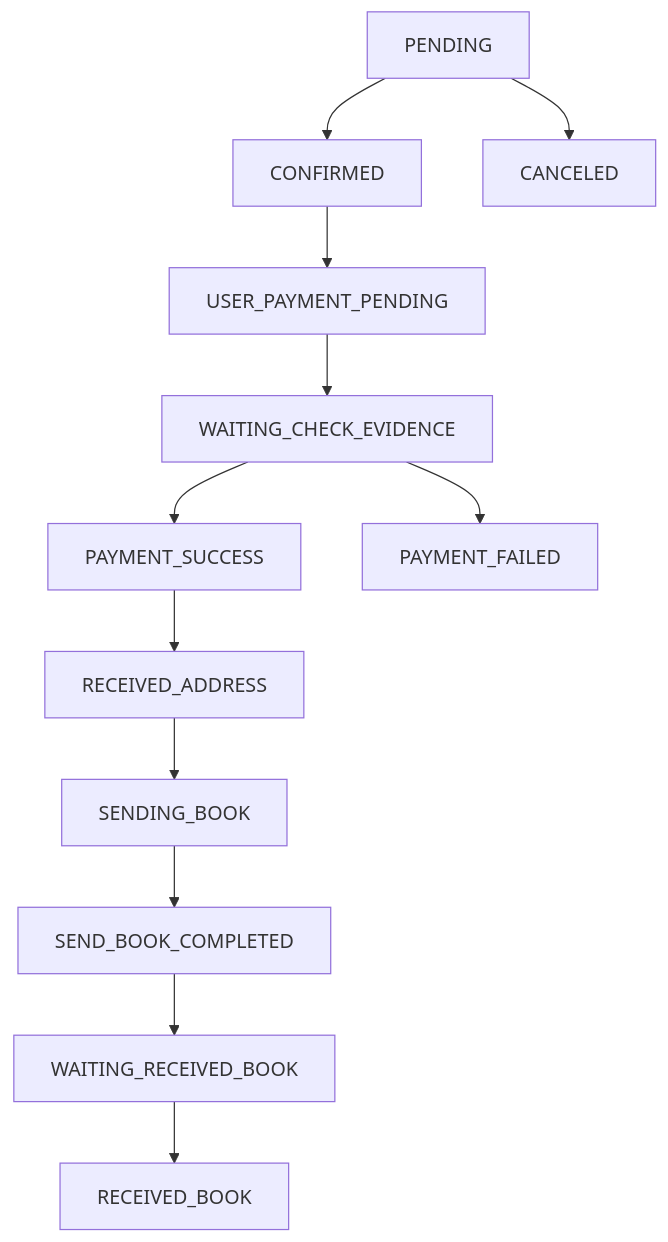
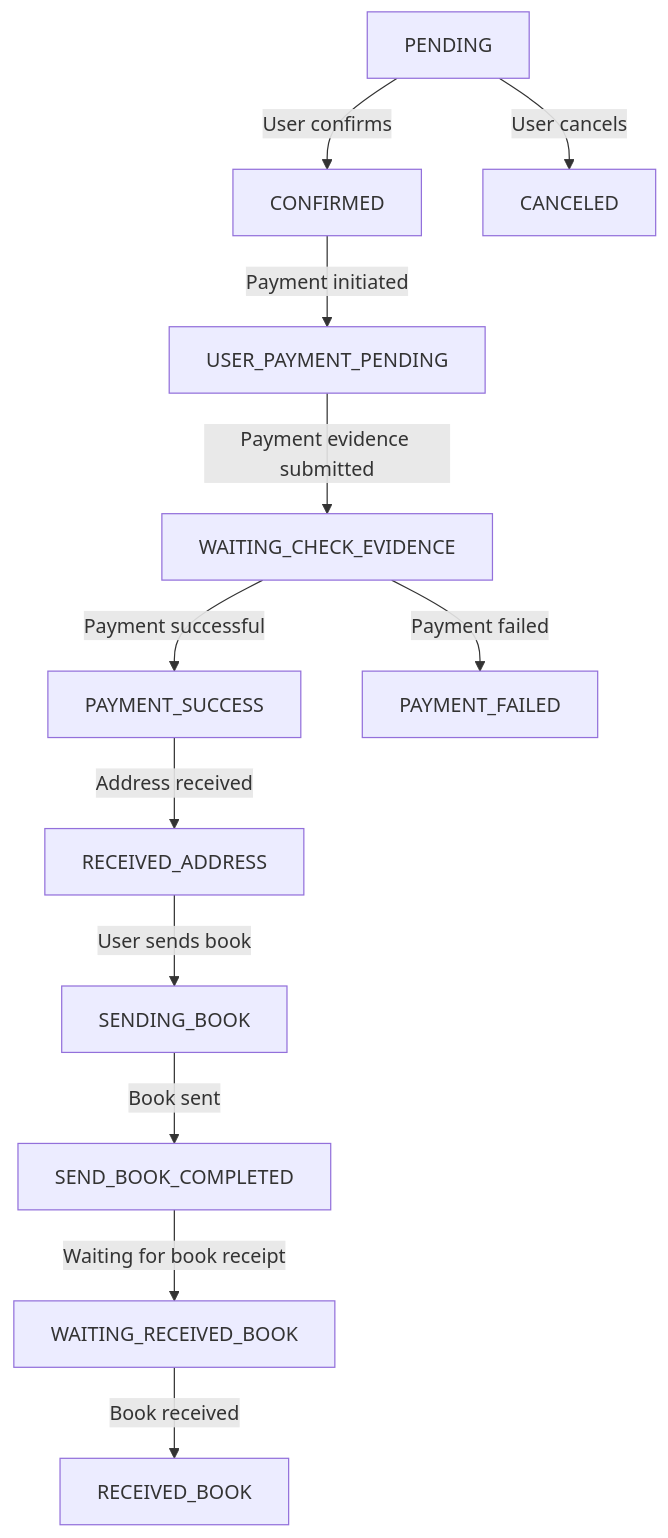
Before and after one commit to Loknong/book-exchange: the first of 4 diagrams in documents/Status change.md, drawn with Mermaid. The commit also changed other lines of this file, not shown here.

````diff
--- a/documents/Status change.md
+++ b/documents/Status change.md
@@ -3,16 +3,17 @@
 ```mermaid
 
 graph TD
-    PENDING --> CONFIRMED
-    PENDING --> CANCELED
-    CONFIRMED --> USER_PAYMENT_PENDING
-    USER_PAYMENT_PENDING --> WAITING_CHECK_EVIDENCE
-    WAITING_CHECK_EVIDENCE --> PAYMENT_SUCCESS
-    WAITING_CHECK_EVIDENCE --> PAYMENT_FAILED
-    PAYMENT_SUCCESS --> RECEIVED_ADDRESS
-    RECEIVED_ADDRESS --> SENDING_BOOK
-    SENDING_BOOK --> SEND_BOOK_COMPLETED
-    SEND_BOOK_COMPLETED --> WAITING_RECEIVED_BOOK
-    WAITING_RECEIVED_BOOK --> RECEIVED_BOOK
+    PENDING -->|User confirms| CONFIRMED
+    PENDING -->|User cancels| CANCELED
+    CONFIRMED -->|Payment initiated| USER_PAYMENT_PENDING
+    USER_PAYMENT_PENDING -->|Payment evidence submitted| WAITING_CHECK_EVIDENCE
+    WAITING_CHECK_EVIDENCE -->|Payment successful| PAYMENT_SUCCESS
+    WAITING_CHECK_EVIDENCE -->|Payment failed| PAYMENT_FAILED
+    PAYMENT_SUCCESS -->|Address received| RECEIVED_ADDRESS
+    RECEIVED_ADDRESS -->|User sends book| SENDING_BOOK
+    SENDING_BOOK -->|Book sent| SEND_BOOK_COMPLETED
+    SEND_BOOK_COMPLETED -->|Waiting for book receipt| WAITING_RECEIVED_BOOK
+    WAITING_RECEIVED_BOOK -->|Book received| RECEIVED_BOOK
+
 
 ```
````
